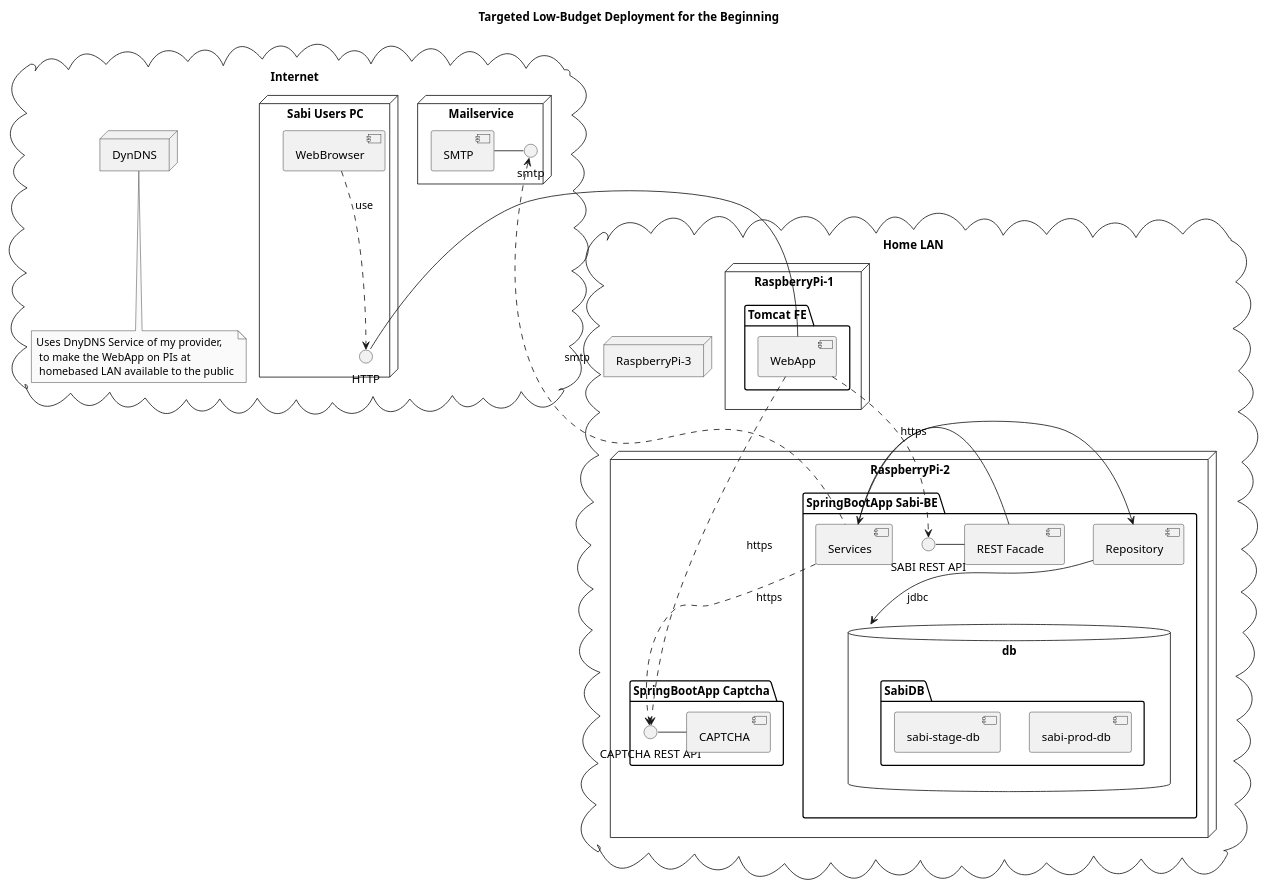
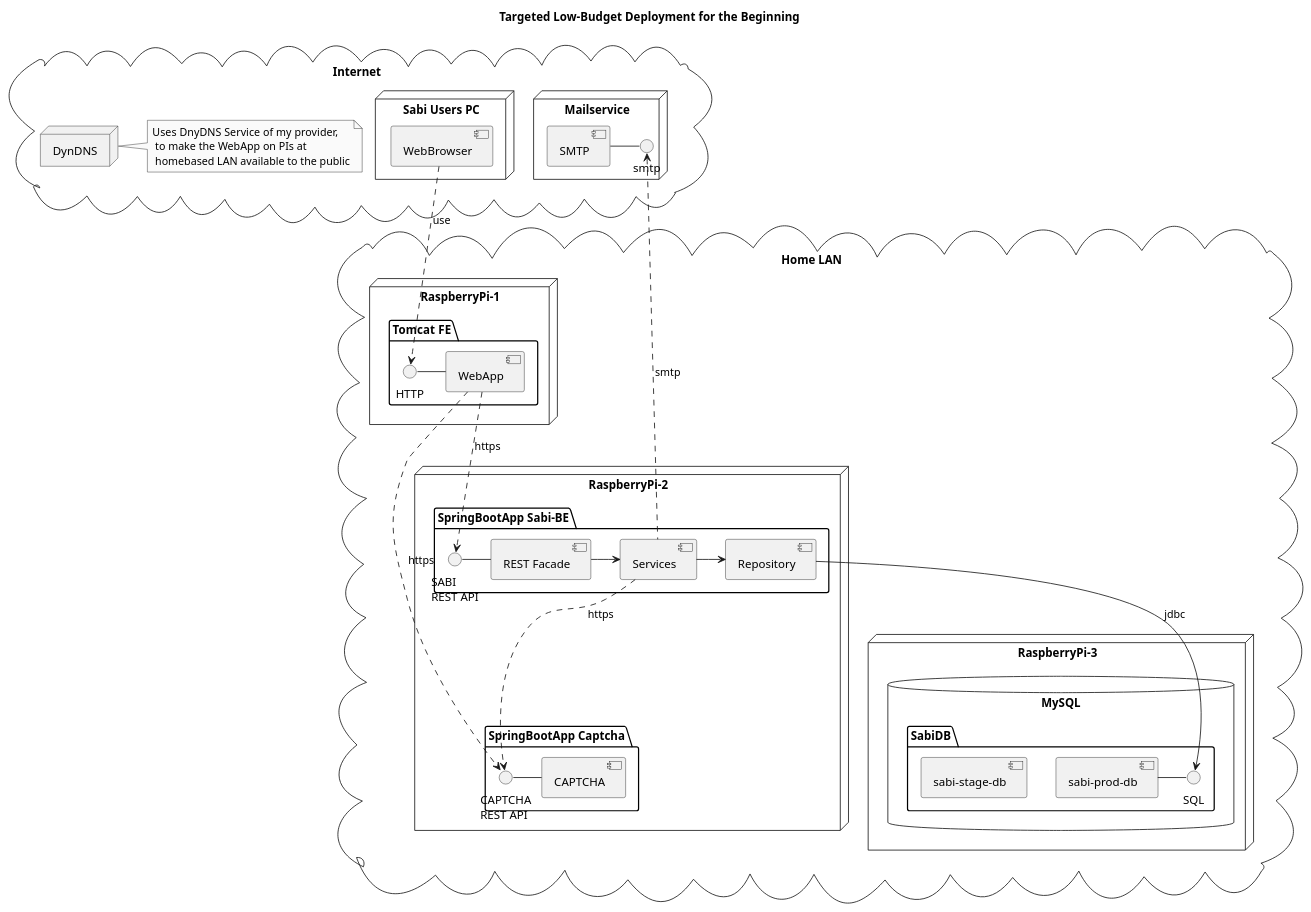
The diagram in sabi-server/UML/7_DeploymentView/Hardware_Component_Mapping.puml (StefanSchubert/sabi), drawn with PlantUML before and after one commit. The commit also changed 17 other files, not shown here.

```diff
--- a/sabi-server/UML/7_DeploymentView/Hardware_Component_Mapping.puml
+++ b/sabi-server/UML/7_DeploymentView/Hardware_Component_Mapping.puml
@@ -1,65 +1,68 @@
 @startuml
 
 skinparam monochrome true
 skinparam componentStyle uml2
 
 title Targeted Low-Budget Deployment for the Beginning
 
 cloud "Internet" {
 
+ node "DynDNS" {
+ }
+ note right of DynDNS : Uses DnyDNS Service of my provider,\n to make the WebApp on PIs at\n homebased LAN available to the public
+
  node "Sabi Users PC" {
-   interface HTTP
-   [WebBrowser] ..> HTTP : use
+   [WebBrowser]
  }
 
-   node "DynDNS" {
-   }
-   note bottom of DynDNS : Uses DnyDNS Service of my provider,\n to make the WebApp on PIs at\n homebased LAN available to the public
-
-node "Mailservice" {
-interface smtp
-[SMTP] - smtp
-}
+ node "Mailservice" {
+    interface smtp
+    [SMTP] - smtp
+ }
 
 }
 
 cloud "Home LAN" {
 
 
   node "RaspberryPi-2" {
 
       package "SpringBootApp Captcha" {
-          interface "CAPTCHA REST API" as rest2
+          interface "CAPTCHA\nREST API" as rest2
           rest2 - [CAPTCHA]
       }
 
       package "SpringBootApp Sabi-BE" {
-      interface "SABI REST API" as rest
+         interface "SABI\nREST API" as rest
          rest - [REST Facade]
          [REST Facade] -> [Services]
          [Services] -> [Repository]
          [Services] .u.>smtp : smtp
          [Services] ..>rest2 : https
-         [Repository] --> db : jdbc
       }
 
   }
 
   node "RaspberryPi-1" {
     package "Tomcat FE" {
       HTTP - [WebApp]
       [WebApp] ..> rest : https
       [WebApp] ..> rest2 : https
     }
   }
 
 node "RaspberryPi-3" {
      database "MySQL" as db {
         folder "SabiDB" {
-          [sabi-prod-db]
+          interface SQL
+          [sabi-prod-db] - SQL
           [sabi-stage-db]
         }
-
 }
 
+' Relelationships
+[WebBrowser] ..> HTTP : use
+[Repository] --> SQL : jdbc
+
+
 @enduml
```
